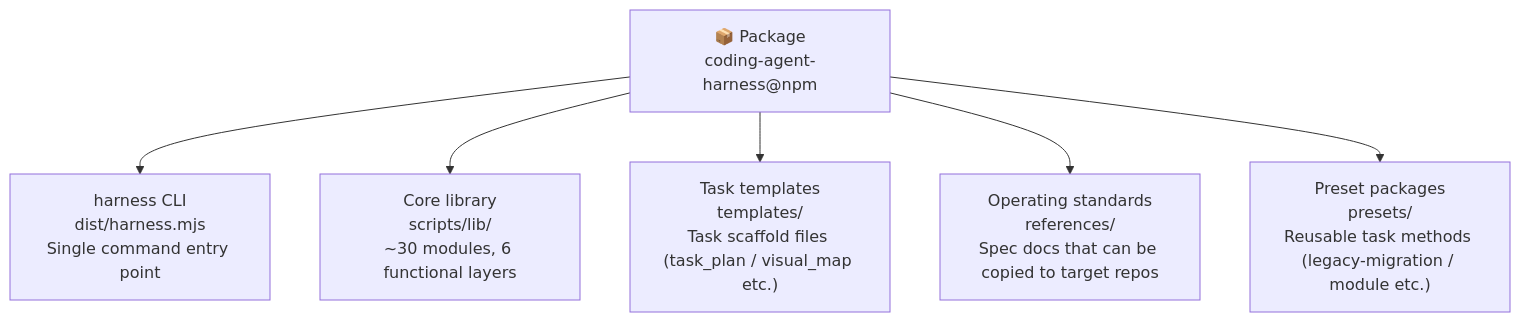
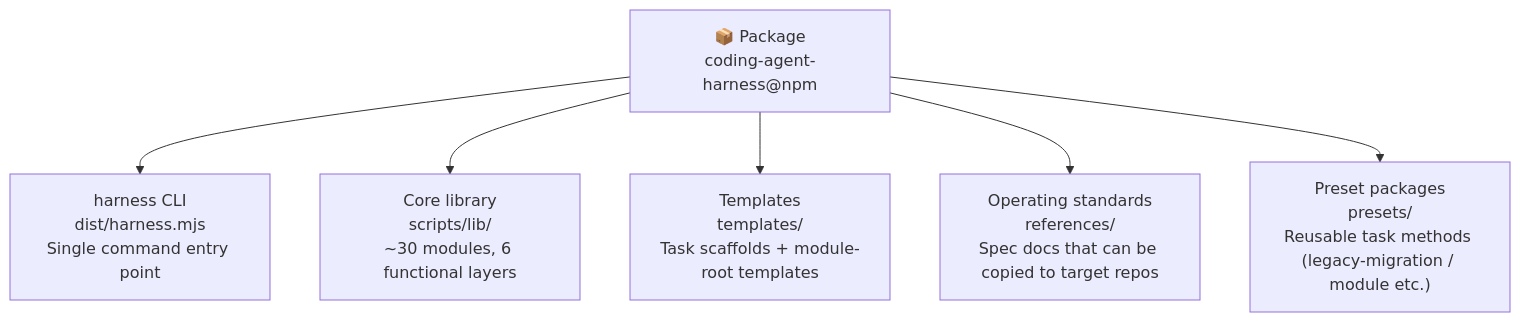
The second of 4 diagrams in docs-release/architecture/system-explainer/en-US/01-system-overview.md (FairladyZ625/coding-agent-harness), drawn with Mermaid before and after one commit. The commit also changed other lines of this file and 48 other files, not shown here.

Commit message:
feat(harness): add YAML-backed module templates and console

````diff
--- a/docs-release/architecture/system-explainer/en-US/01-system-overview.md
+++ b/docs-release/architecture/system-explainer/en-US/01-system-overview.md
@@ -85,10 +85,10 @@
 ```mermaid
 flowchart TD
   PKG["📦 Package\ncoding-agent-harness@npm"]
 
   PKG --> CLI["harness CLI\ndist/harness.mjs\nSingle command entry point"]
   PKG --> Lib["Core library\nscripts/lib/\n~30 modules, 6 functional layers"]
-  PKG --> Templates["Task templates\ntemplates/\nTask scaffold files (task_plan / visual_map etc.)"]
+  PKG --> Templates["Templates\ntemplates/\nTask scaffolds + module-root templates"]
   PKG --> References["Operating standards\nreferences/\nSpec docs that can be copied to target repos"]
   PKG --> Presets["Preset packages\npresets/\nReusable task methods (legacy-migration / module etc.)"]
 ```
````
